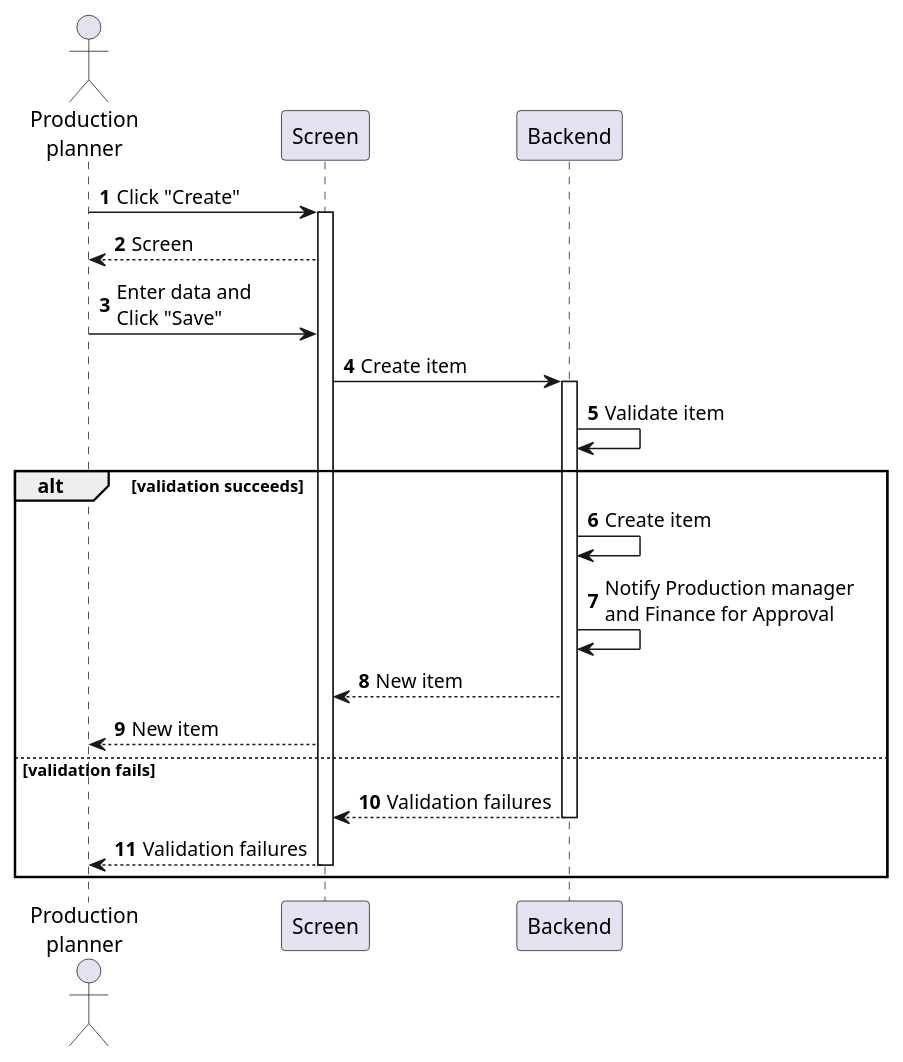
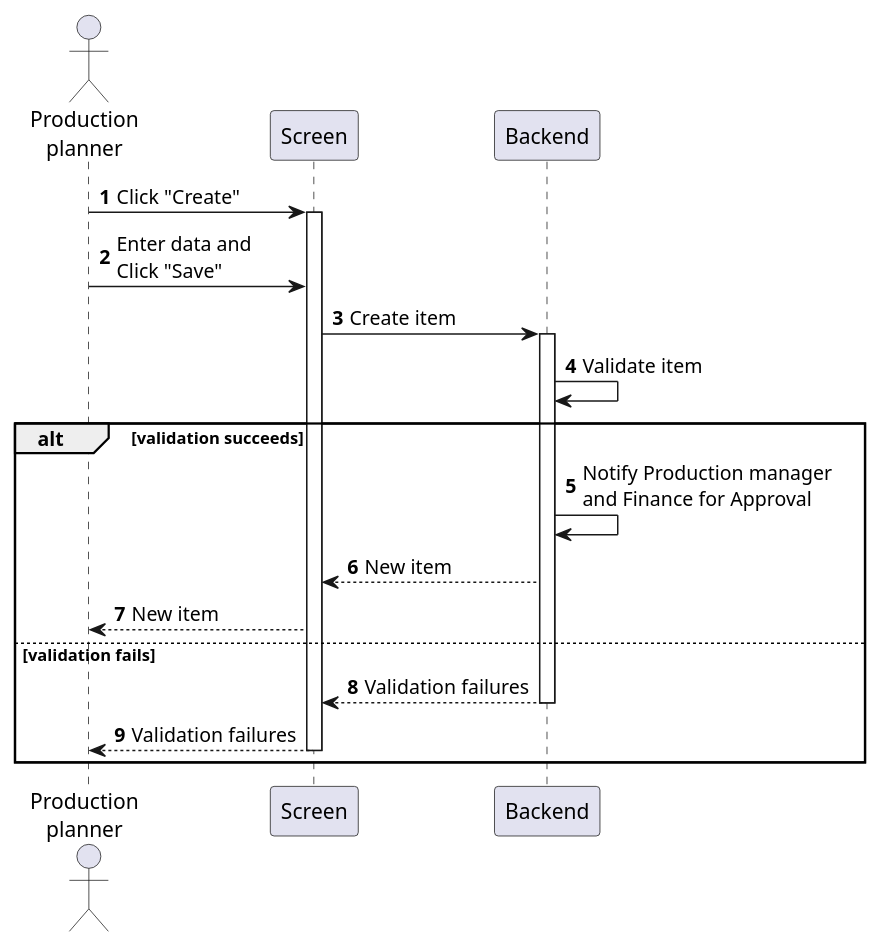
Before and after one commit to phihungha/scmss-reqs: the diagram in sequences/purchase-requisition-create.plantuml, drawn with PlantUML. The commit also changed 21 other files, not shown here.

```diff
--- a/sequences/purchase-requisition-create.plantuml
+++ b/sequences/purchase-requisition-create.plantuml
@@ -1,25 +1,23 @@
 @startuml purchase-requisition-create
 autonumber
 
 actor "Production\nplanner" as a
 participant Screen as f
 participant Backend as b
 
 a -> f : Click "Create"
 activate f
-f --> a : Screen
 a -> f : Enter data and\nClick "Save"
 f -> b : Create item
 activate b
 b -> b : Validate item
 
 alt validation succeeds
-    b -> b : Create item
     b -> b : Notify Production manager\nand Finance for Approval
     b --> f : New item
     f --> a : New item
 else validation fails
     return Validation failures
     return Validation failures
 end
 @enduml
```
